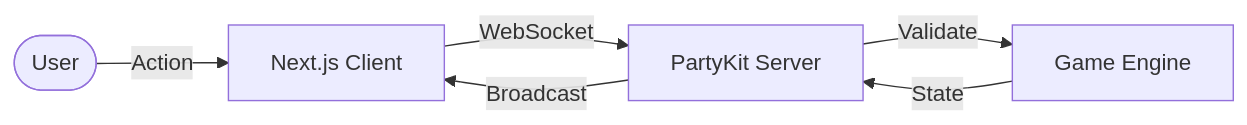
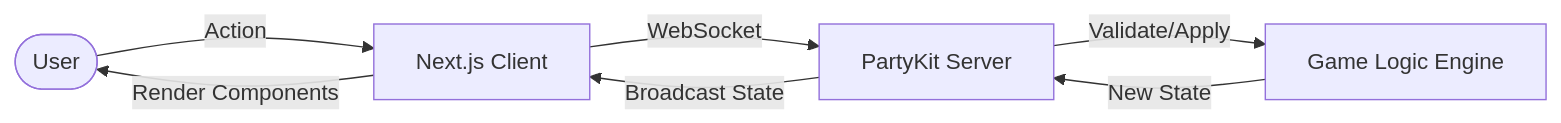
Before and after one commit to DillenLim/catan-clone: the diagram in README.md, drawn with Mermaid. The commit also changed other lines of this file and 2 other files, not shown here.

````diff
--- a/README.md
+++ b/README.md
@@ -24,8 +37,9 @@
 ```mermaid
 graph LR
     User([User]) -- Action --> Client[Next.js Client]
     Client -- WebSocket --> PK[PartyKit Server]
-    PK -- Validate --> Engine[Game Engine]
-    Engine -- State --> PK
-    PK -- Broadcast --> Client
+    PK -- Validate/Apply --> Logic[Game Logic Engine]
+    Logic -- New State --> PK
+    PK -- Broadcast State --> Client
+    Client -- Render Components --> User
 ```
````
